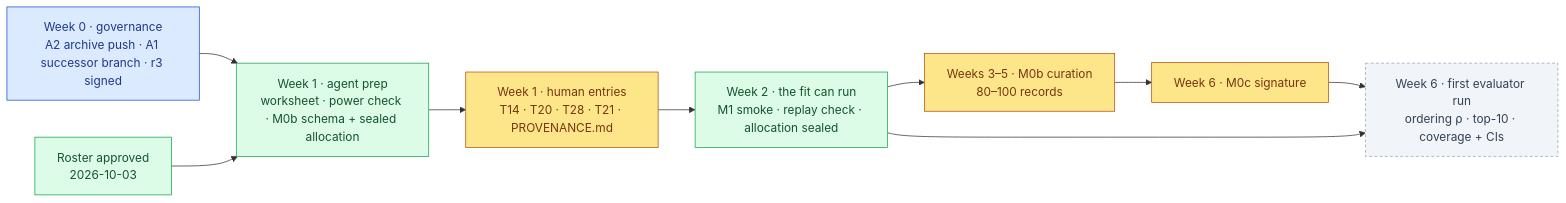
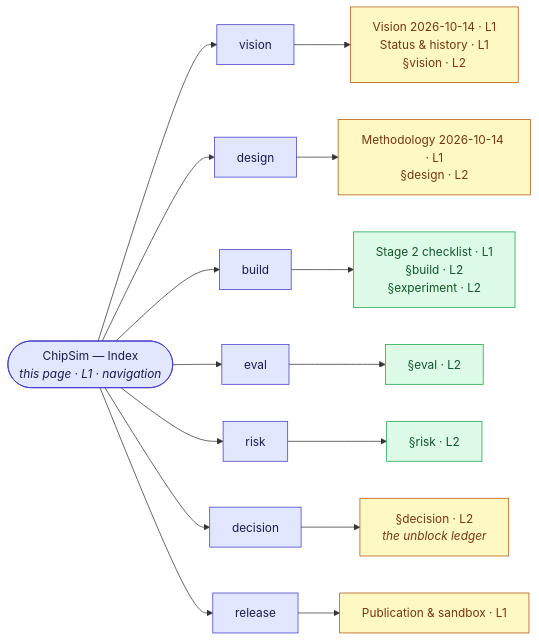
Before and after one commit to supmo668/bioFM: the diagram in docs/hacp/lung-on-chipsim/index.md, drawn with Mermaid. The commit also changed other lines of this file and 8 other files, not shown here.

````diff
--- a/docs/hacp/lung-on-chipsim/index.md
+++ b/docs/hacp/lung-on-chipsim/index.md
@@ -52,18 +19,22 @@
 ```mermaid
 flowchart LR
-  classDef human fill:#fde68a,stroke:#b45309,color:#78350f
-  classDef agent fill:#dcfce7,stroke:#16a34a,color:#14532d
-  classDef cto fill:#dbeafe,stroke:#1d4ed8,color:#1e3a8a
-  classDef out fill:#f1f5f9,stroke:#94a3b8,color:#334155,stroke-dasharray:4 3
-  W0["Week 0 · governance<br>A2 archive push · A1 successor branch · r3 signed"]:::cto
-  R["Roster approved<br>2026-10-03"]:::agent
-  W1H["Week 1 · human entries<br>T14 · T20 · T28 · T21 · PROVENANCE.md"]:::human
-  W1A["Week 1 · agent prep<br>worksheet · power check · M0b schema + sealed allocation"]:::agent
-  W2["Week 2 · the fit can run<br>M1 smoke · replay check · allocation sealed"]:::agent
-  W35["Weeks 3–5 · M0b curation<br>80–100 records"]:::human
-  W6S["Week 6 · M0c signature"]:::human
-  X["Week 6 · first evaluator run<br>ordering ρ · top-10 · coverage + CIs"]:::out
-  W0 --> W1A
-  R --> W1A --> W1H --> W2 --> W35 --> W6S --> X
-  W2 --> X
+  classDef phase fill:#e0e7ff,stroke:#4338ca,color:#1e1b4b
+  classDef l1 fill:#fef9c3,stroke:#b45309,color:#78350f
+  classDef l2 fill:#dcfce7,stroke:#16a34a,color:#14532d
+  IDX(["ChipSim — Index<br><i>this page · L1 · navigation</i>"]):::phase
+  V["vision"]:::phase
+  D["design"]:::phase
+  B["build"]:::phase
+  E["eval"]:::phase
+  R["risk"]:::phase
+  DEC["decision"]:::phase
+  REL["release"]:::phase
+  IDX --> V & D & B & E & R & DEC & REL
+  V --> V1["Vision 2026-10-14 · L1<br>Status & history · L1<br>§vision · L2"]:::l1
+  D --> D1["Methodology 2026-10-14 · L1<br>§design · L2"]:::l1
+  B --> B1["Stage 2 checklist · L1<br>§build · L2<br>§experiment · L2"]:::l2
+  E --> E1["§eval · L2"]:::l2
+  R --> R1["§risk · L2"]:::l2
+  DEC --> DEC1["§decision · L2<br><i>the unblock ledger</i>"]:::l1
+  REL --> REL1["Publication & sandbox · L1"]:::l1
 ```
````
